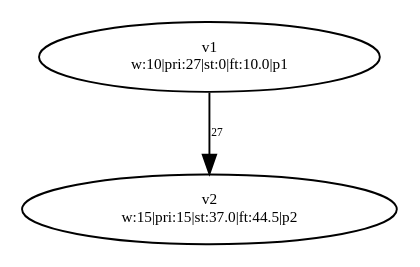
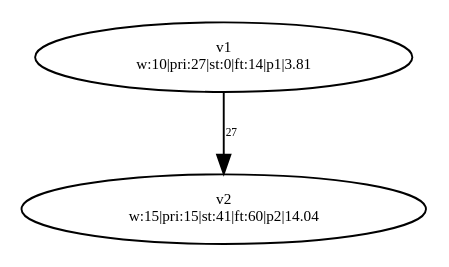
One commit to dexters1/Task-Scheduling-Based-on-Genetic-Algorithms changed the diagram in PythonApplication1/PythonApplication1/test-output/slika_1.gv. Above: the diagram before and after it, drawn with Graphviz. The commit also changed 36 other files, not shown here.

```diff
--- a/PythonApplication1/PythonApplication1/test-output/slika_1.gv
+++ b/PythonApplication1/PythonApplication1/test-output/slika_1.gv
@@ -1,7 +1,7 @@
 digraph {
 	v1 [label="v1
-w:10|pri:27|st:0|ft:10.0|p1" fontsize=8.0]
+w:10|pri:27|st:0|ft:14|p1|3.81" fontsize=8.0]
 	v2 [label="v2
-w:15|pri:15|st:37.0|ft:44.5|p2" fontsize=8.0]
+w:15|pri:15|st:41|ft:60|p2|14.04" fontsize=8.0]
 	v1 -> v2 [label=27 constraint=true fontsize=6.0]
 }
```
